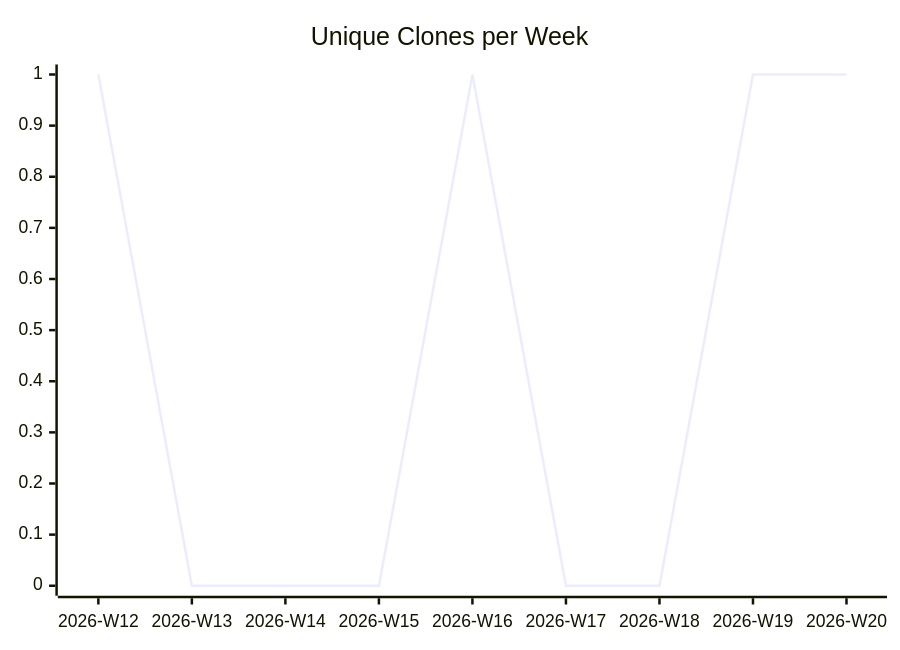
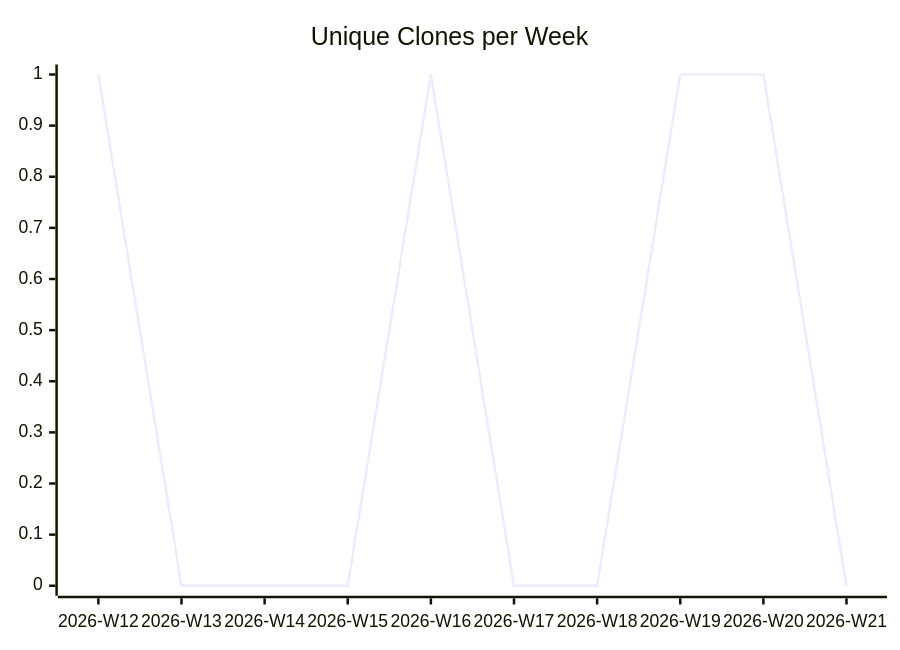
The third of 3 diagrams in karlmdavis/ansible/README.md (justdavis-family/github-analytics-data), drawn with Mermaid before and after one commit. The commit also changed other lines of this file and 189 other files, not shown here.

````diff
--- a/karlmdavis/ansible/README.md
+++ b/karlmdavis/ansible/README.md
@@ -19,6 +19,6 @@
 ```mermaid
 xychart-beta
   title "Unique Clones per Week"
-  x-axis ["2026-W12", "2026-W13", "2026-W14", "2026-W15", "2026-W16", "2026-W17", "2026-W18", "2026-W19", "2026-W20"]
-  line [1, 0, 0, 0, 1, 0, 0, 1, 1]
+  x-axis ["2026-W12", "2026-W13", "2026-W14", "2026-W15", "2026-W16", "2026-W17", "2026-W18", "2026-W19", "2026-W20", "2026-W21"]
+  line [1, 0, 0, 0, 1, 0, 0, 1, 1, 0]
 ```
````
